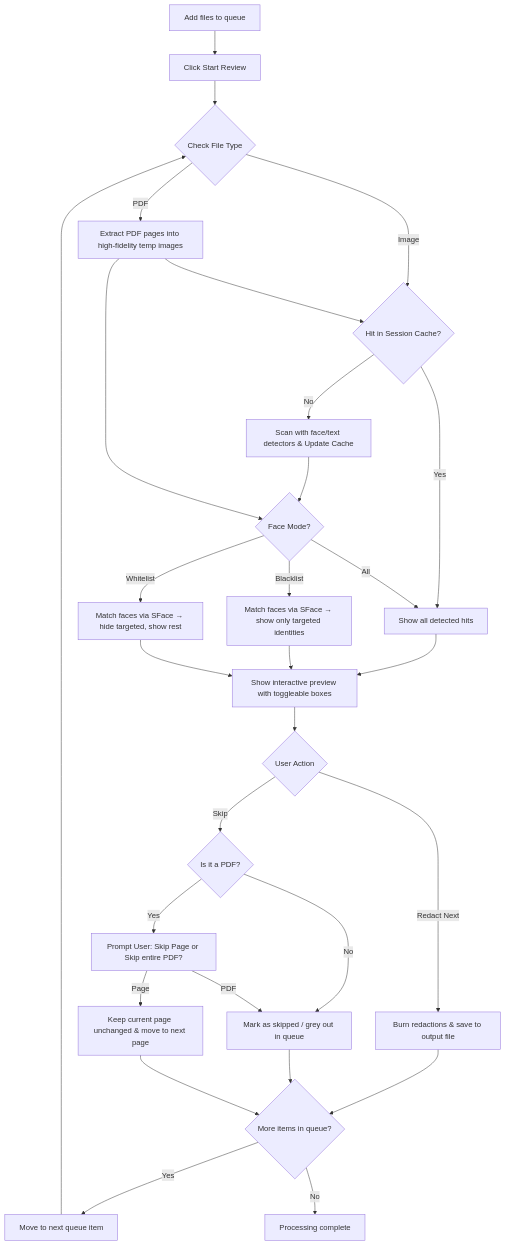
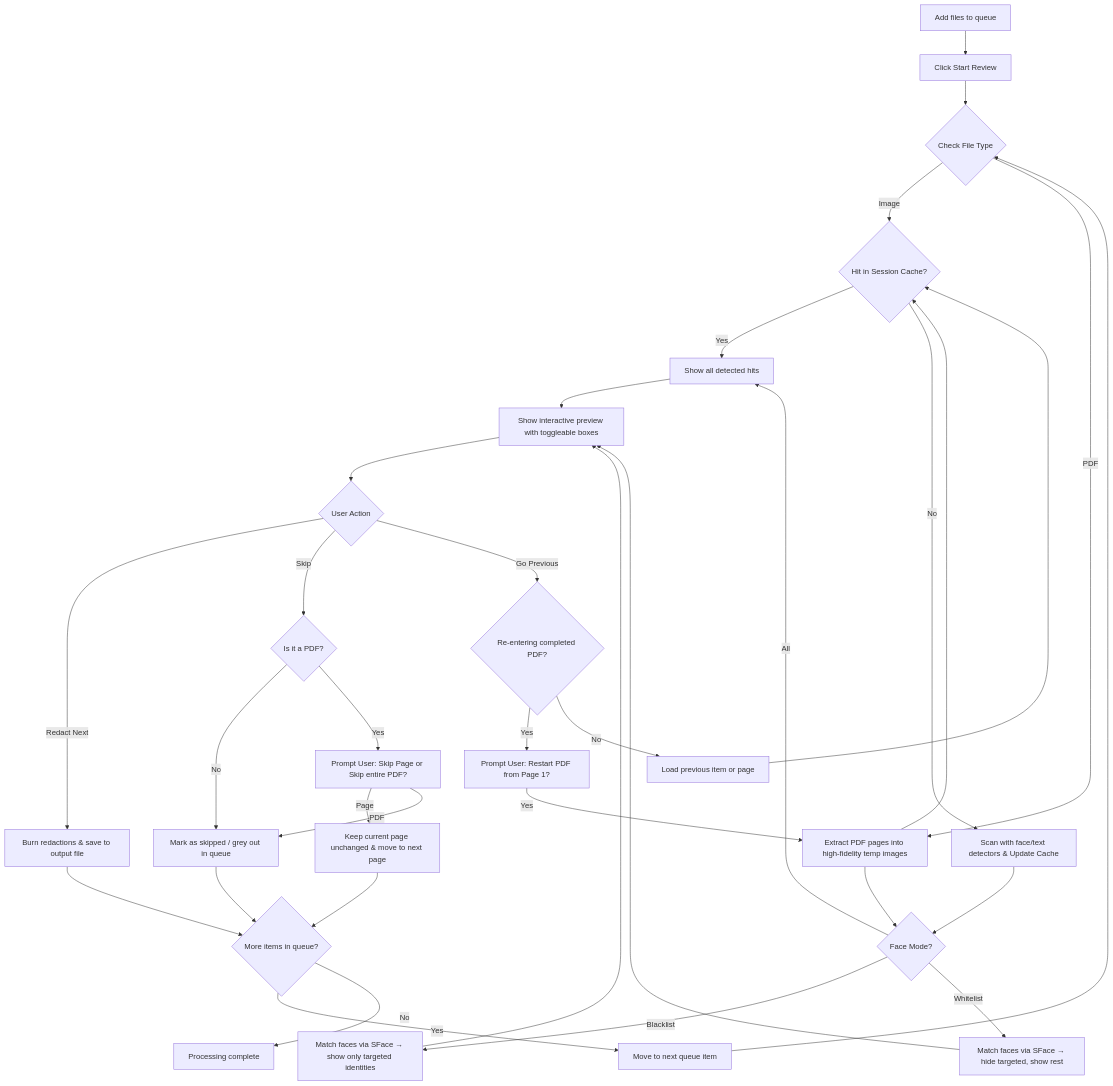
Before and after one commit to FurqanHun/SafeMARC: the first of 9 diagrams in docs/architecture/workflows.md, drawn with Mermaid. The commit also changed other lines of this file and 5 other files, not shown here.

First line of the commit message:
docs: update features, architecture workflows, use cases, and tests documentation

````diff
--- a/docs/architecture/workflows.md
+++ b/docs/architecture/workflows.md
@@ -7,40 +7,46 @@
 ```mermaid
 graph TD
     A[Add files to queue] --> B[Click Start Review]
     B --> C{Check File Type}
     
     C -- Image --> D1{Hit in Session Cache?}
     C -- PDF --> E[Extract PDF pages into high-fidelity temp images]
     
     E --> D1
     D1 -- Yes --> F2[Load Cached Hits Instantly]
     D1 -- No --> D[Scan with face/text detectors & Update Cache]
 
     D --> F1{Face Mode?}
     E --> F1
 
     F1 -- All --> F2[Show all detected hits]
     F1 -- Blacklist --> F3[Match faces via SFace → show only targeted identities]
     F1 -- Whitelist --> F4[Match faces via SFace → hide targeted, show rest]
 
     F2 --> F[Show interactive preview with toggleable boxes]
     F3 --> F
     F4 --> F
 
     F --> G{User Action}
     G -- Redact Next --> H[Burn redactions & save to output file]
     G -- Skip --> I{Is it a PDF?}
+    G -- Go Previous --> P{Re-entering completed PDF?}
+    
+    P -- Yes --> Q[Prompt User: Restart PDF from Page 1?]
+    Q -- Yes --> E
+    P -- No --> R[Load previous item or page]
+    R --> D1
     
     I -- No --> J[Mark as skipped / grey out in queue]
     I -- Yes --> K[Prompt User: Skip Page or Skip entire PDF?]
     K -- Page --> L[Keep current page unchanged & move to next page]
     K -- PDF --> J
 
     H --> M{More items in queue?}
     J --> M
     L --> M
 
     M -- Yes --> N[Move to next queue item]
     N --> C
     M -- No --> O[Processing complete]
 ```
````
